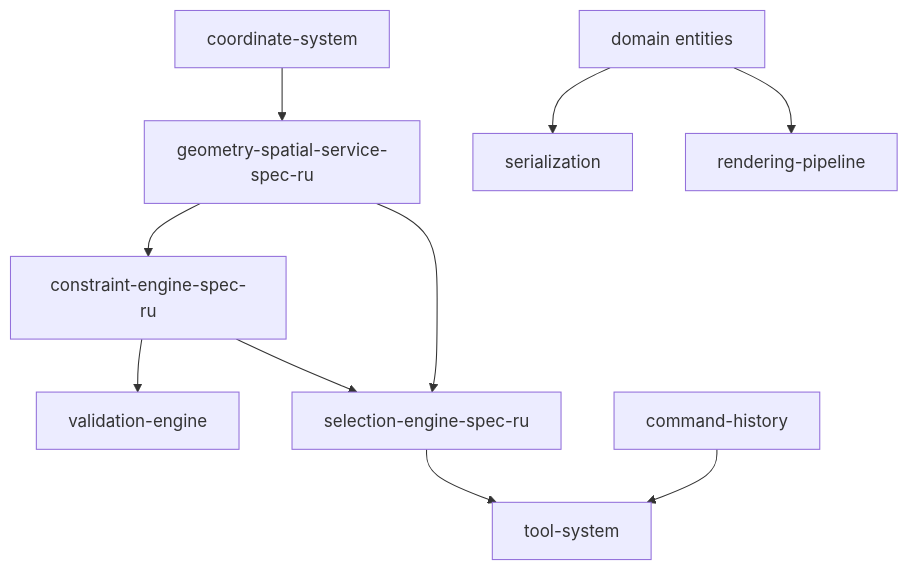
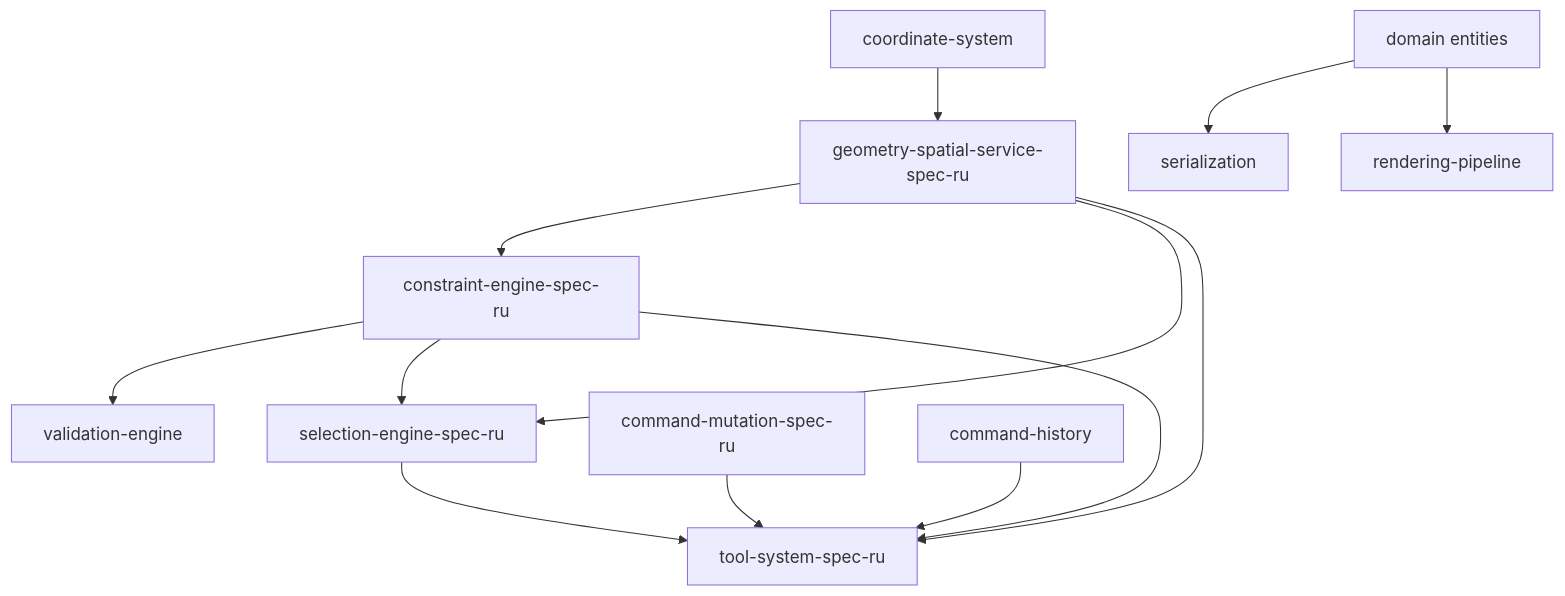
The diagram in AxiCAD/docs/INDEX.md (H4V1K-dev/axicor_enterprise), drawn with Mermaid before and after one commit. The commit also changed other lines of this file and 3 other files, not shown here.

````diff
--- a/AxiCAD/docs/INDEX.md
+++ b/AxiCAD/docs/INDEX.md
@@ -114,12 +116,15 @@
 ```mermaid
 graph TD
     CS[coordinate-system] --> GSS[geometry-spatial-service-spec-ru]
     GSS --> CE[constraint-engine-spec-ru]
     CE --> VE[validation-engine]
     GSS --> SE[selection-engine-spec-ru]
     CE --> SE
-    SE --> TS[tool-system]
+    SE --> TS[tool-system-spec-ru]
+    GSS --> TS
+    CE --> TS
+    CM[command-mutation-spec-ru] --> TS
     CH[command-history] --> TS
     DOM[domain entities] --> SER[serialization]
     DOM --> RP[rendering-pipeline]
 ```
````
